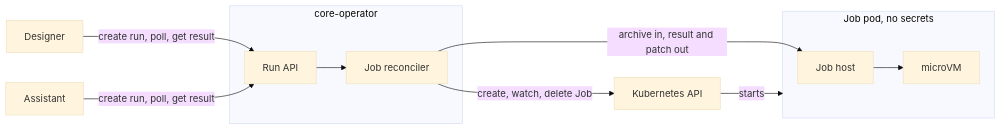
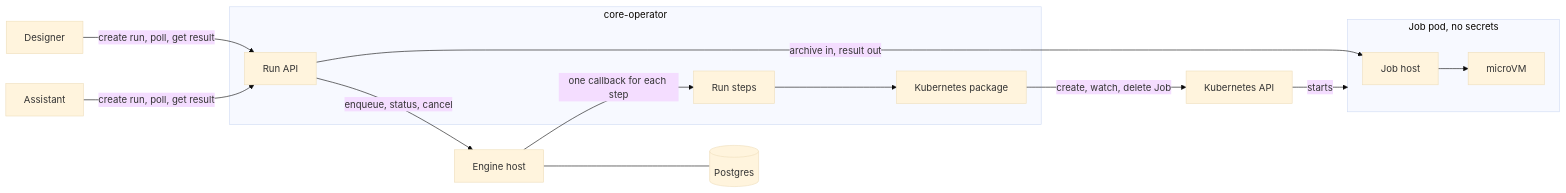
The diagram in docs/adr/2026-10-28-core-operator.md (Altinn/altinn-studio), drawn with Mermaid (base theme) before and after one commit. The commit also changed other lines of this file, not shown here.

Commit message:
docs: record the stateless operator and the workflow engine host in the ADR

````diff
--- a/docs/adr/2026-10-28-core-operator.md
+++ b/docs/adr/2026-10-28-core-operator.md
@@ -166,24 +173,32 @@
 ```mermaid
 flowchart LR
     designer["Designer"]
     assistant["Assistant"]
     k8s["Kubernetes API"]
 
+    pg[("Postgres")]
+
     subgraph operator["core-operator"]
         api["Run API"]
-        rec["Job reconciler"]
+        steps["Run steps"]
+        kube["Kubernetes package"]
     end
+
+    engine["Engine host"]
 
     subgraph runnerPod["Job pod, no secrets"]
         host["Job host"]
         vm["microVM"]
     end
 
     designer -->|"create run, poll, get result"| api
     assistant -->|"create run, poll, get result"| api
-    api --> rec
-    rec -->|"create, watch, delete Job"| k8s
+    api -->|"enqueue, status, cancel"| engine
+    engine -->|"one callback for each step"| steps
+    engine --- pg
+    steps --> kube
+    kube -->|"create, watch, delete Job"| k8s
     k8s -->|"starts"| runnerPod
-    rec -->|"archive in, result and patch out"| host
+    api -->|"archive in, result out"| host
     host --> vm
 ```
````
